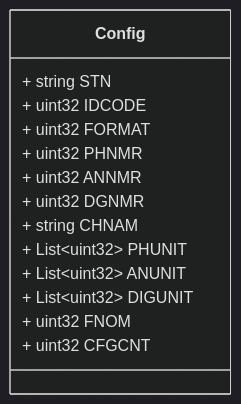
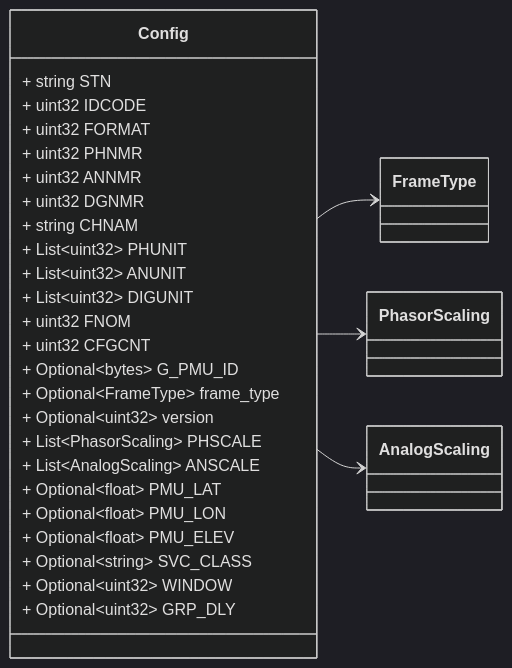
The fourth of 6 diagrams in docs/conf2.proto.md (zaphiro-technologies/protobuf), drawn with Mermaid (dark theme) before and after one commit. The commit also changed other lines of this file and 11 other files, not shown here.

````diff
--- a/docs/conf2.proto.md
+++ b/docs/conf2.proto.md
@@ -70,22 +108,36 @@
 ```mermaid
 classDiagram
 direction LR
 
-%% Single PMU configuration according to Configuration frame 2
+%% Single PMU configuration according to Configuration frame 2 and 3
 
 class Config {
   + string STN
   + uint32 IDCODE
   + uint32 FORMAT
   + uint32 PHNMR
   + uint32 ANNMR
   + uint32 DGNMR
   + string CHNAM
   + List~uint32~ PHUNIT
   + List~uint32~ ANUNIT
   + List~uint32~ DIGUNIT
   + uint32 FNOM
   + uint32 CFGCNT
+  + Optional~bytes~ G_PMU_ID
+  + Optional~FrameType~ frame_type
+  + Optional~uint32~ version
+  + List~PhasorScaling~ PHSCALE
+  + List~AnalogScaling~ ANSCALE
+  + Optional~float~ PMU_LAT
+  + Optional~float~ PMU_LON
+  + Optional~float~ PMU_ELEV
+  + Optional~string~ SVC_CLASS
+  + Optional~uint32~ WINDOW
+  + Optional~uint32~ GRP_DLY
 }
+Config --> `FrameType`
+Config --> `PhasorScaling`
+Config --> `AnalogScaling`
 
 ```
````
